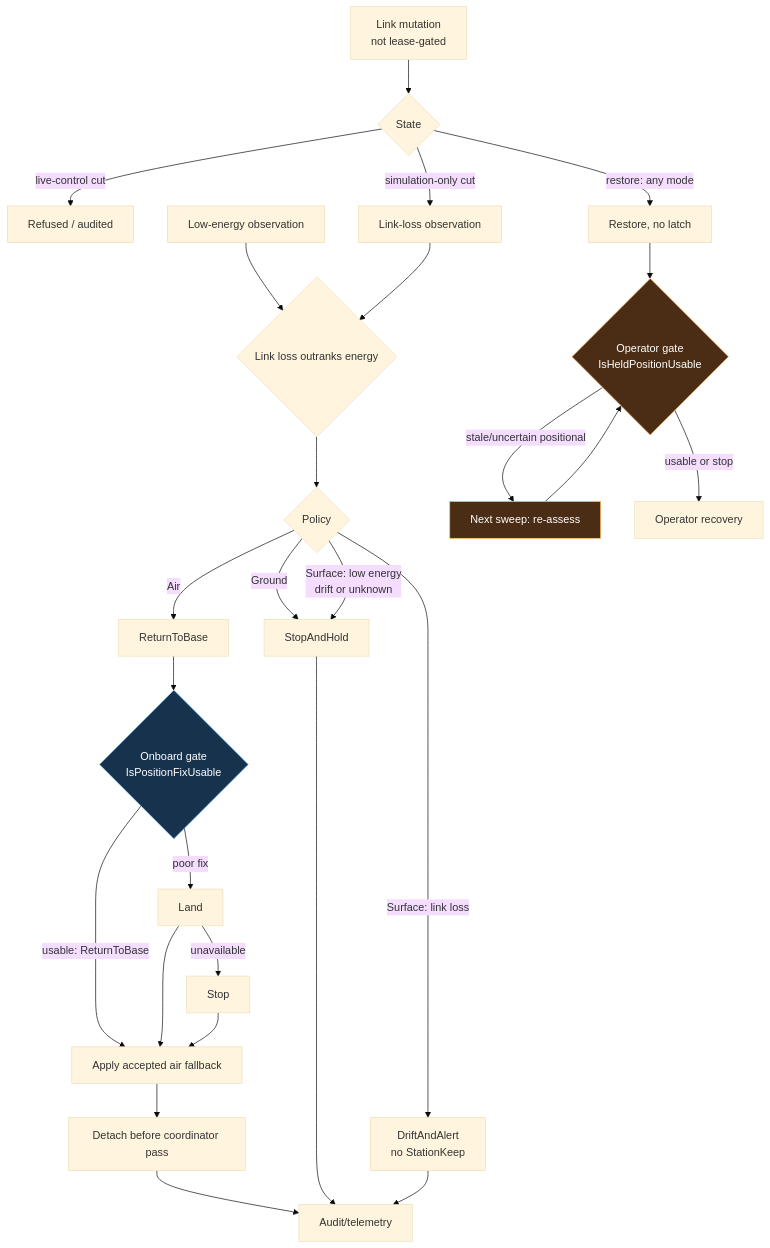
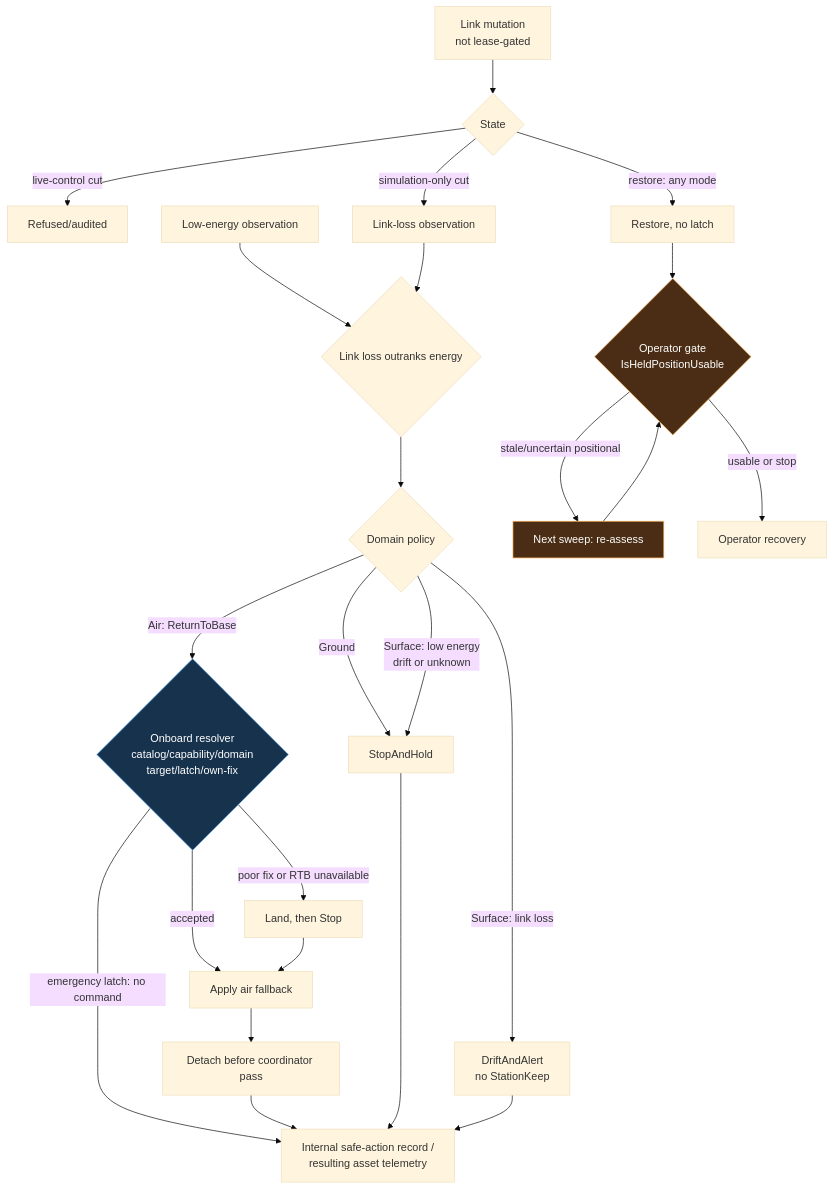
One commit to resq-software/viz changed the second of 2 diagrams in README.md. Above: the diagram before and after it, drawn with Mermaid (base theme). The commit also changed other lines of this file, not shown here.

````diff
--- a/README.md
+++ b/README.md
@@ -283,31 +283,31 @@
 ```mermaid
 flowchart TD
     API["Link mutation<br/>not lease-gated"] --> CHANGE{State}
-    CHANGE -->|live-control cut| REFUSED[Refused / audited]
+    CHANGE -->|live-control cut| REFUSED[Refused/audited]
     CHANGE -->|simulation-only cut| LINK[Link-loss observation]
     CHANGE -->|restore: any mode| RESTORE[Restore, no latch]
     ENERGY[Low-energy observation] --> PRIORITY{Link loss outranks energy}
     LINK --> PRIORITY
-    PRIORITY --> DOMAIN{Policy}
-    DOMAIN -->|Air| AIR[ReturnToBase]
+    PRIORITY --> DOMAIN{Domain policy}
+    DOMAIN -->|Air: ReturnToBase| OWN
     DOMAIN -->|Ground| HOLD[StopAndHold]
     DOMAIN -->|Surface: link loss| DRIFT["DriftAndAlert<br/>no StationKeep"]
     DOMAIN -->|Surface: low energy<br/>drift or unknown| HOLD
-    AIR --> OWN{Onboard gate<br/>IsPositionFixUsable}
-    OWN -->|usable: ReturnToBase| APPLY
-    OWN -->|poor fix| LAND[Land]
-    LAND -->|unavailable| STOP[Stop]
-    LAND & STOP --> APPLY[Apply accepted air fallback]
+    OWN{Onboard resolver<br/>catalog/capability/domain<br/>target/latch/own-fix}
+    OWN -->|accepted| APPLY[Apply air fallback]
+    OWN -->|poor fix or RTB unavailable| LAND[Land, then Stop]
+    OWN -->|emergency latch: no command| RECORD
+    LAND --> APPLY
     APPLY --> DETACH[Detach before coordinator pass]
-    DETACH --> RECORD[Audit/telemetry]
+    DETACH --> RECORD["Internal safe-action record /<br/>resulting asset telemetry"]
     HOLD & DRIFT --> RECORD
     RESTORE --> HELD{Operator gate<br/>IsHeldPositionUsable}
     HELD -->|stale/uncertain positional| REASSESS[Next sweep: re-assess]
     REASSESS --> HELD
     HELD -->|usable or stop| RECOVER[Operator recovery]
 
     classDef onboard fill:#17324d,stroke:#69b7ff,color:#fff
     classDef operator fill:#4a2d14,stroke:#ffb45c,color:#fff
     class OWN onboard
     class HELD,REASSESS operator
 ```
````
